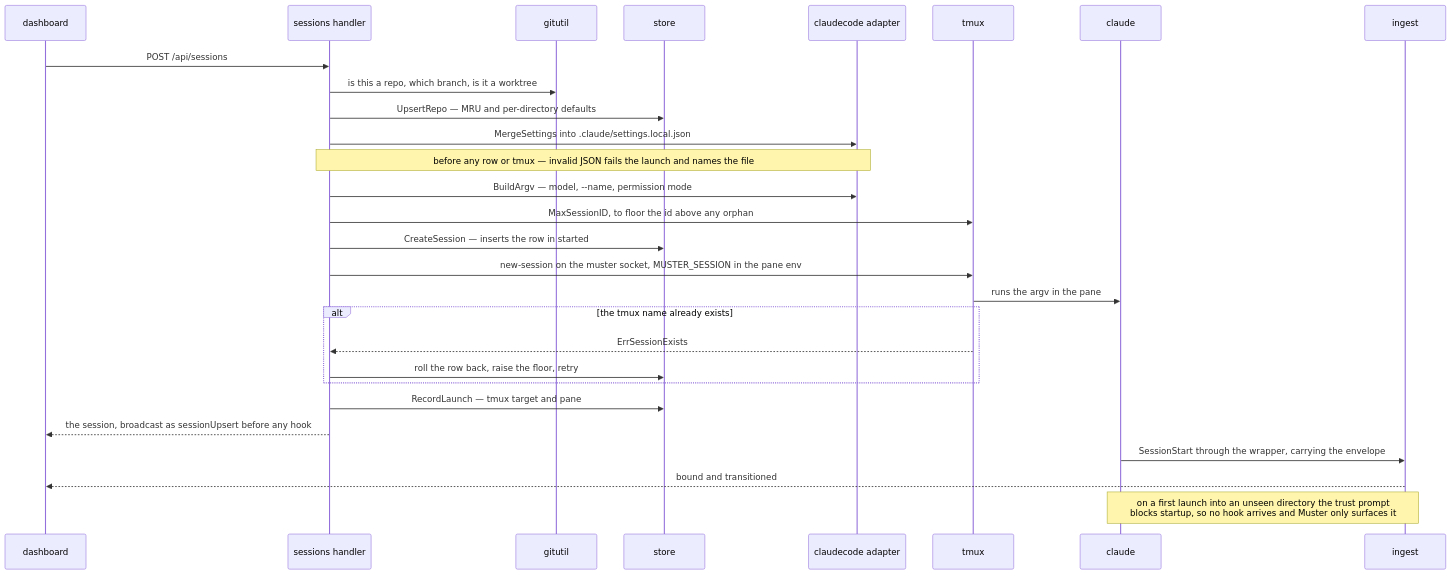
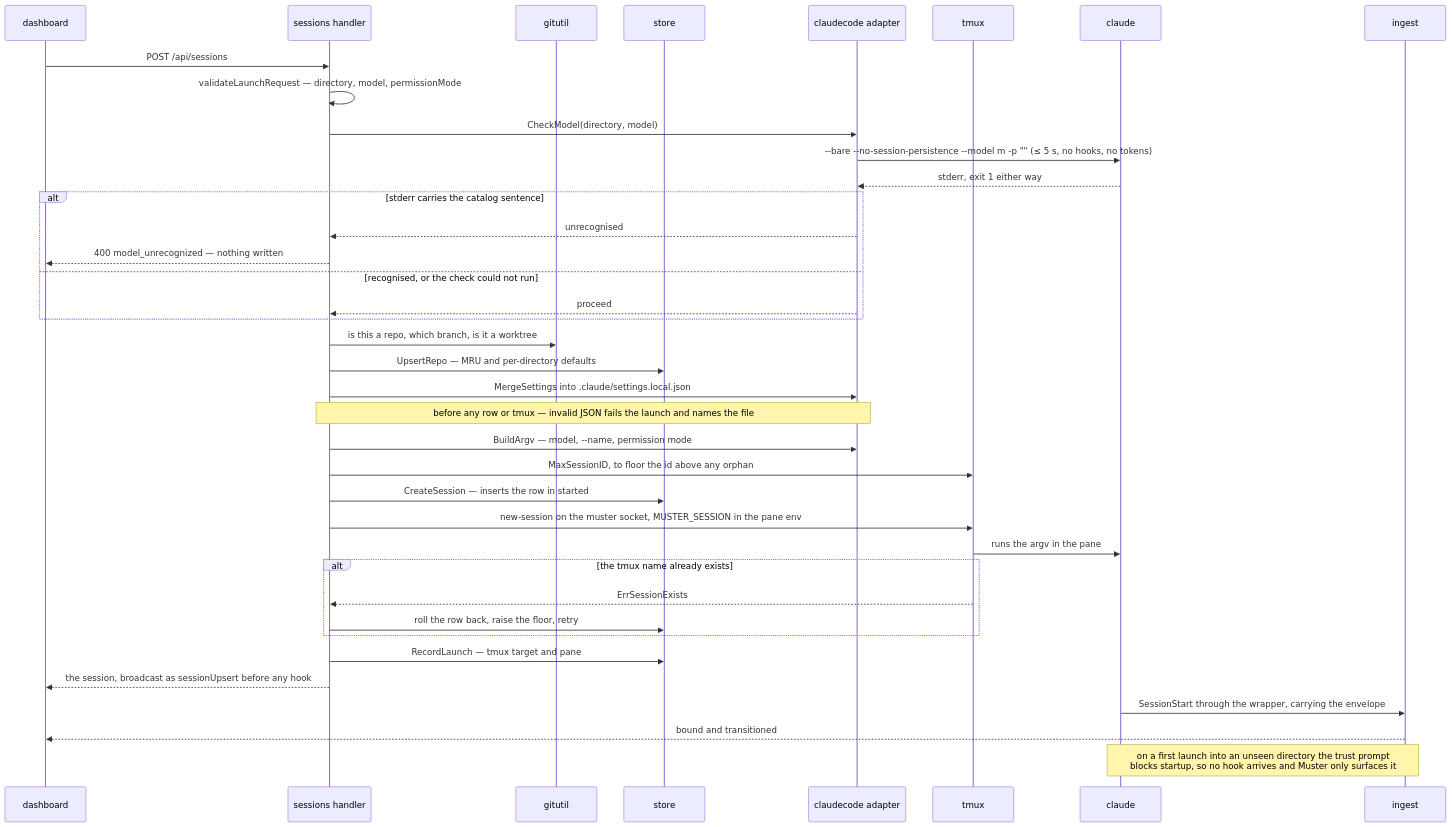
Before and after one commit to Zalaras/muster: the diagram in docs/features/launch/spec.md, drawn with Mermaid. The commit also changed other lines of this file and 95 other files, not shown here.

````diff
--- a/docs/features/launch/spec.md
+++ b/docs/features/launch/spec.md
@@ -69,33 +78,43 @@
 ```mermaid
 sequenceDiagram
     participant UI as dashboard
     participant S as sessions handler
     participant G as gitutil
     participant DB as store
     participant A as claudecode adapter
     participant T as tmux
     participant CC as claude
     participant I as ingest
 
     UI->>S: POST /api/sessions
+    S->>S: validateLaunchRequest — directory, model, permissionMode
+    S->>A: CheckModel(directory, model)
+    A->>CC: --bare --no-session-persistence --model m -p "" (≤ 5 s, no hooks, no tokens)
+    CC-->>A: stderr, exit 1 either way
+    alt stderr carries the catalog sentence
+        A-->>S: unrecognised
+        S-->>UI: 400 model_unrecognized — nothing written
+    else recognised, or the check could not run
+        A-->>S: proceed
+    end
     S->>G: is this a repo, which branch, is it a worktree
     S->>DB: UpsertRepo — MRU and per-directory defaults
     S->>A: MergeSettings into .claude/settings.local.json
     Note over S,A: before any row or tmux — invalid JSON fails the launch and names the file
     S->>A: BuildArgv — model, --name, permission mode
     S->>T: MaxSessionID, to floor the id above any orphan
     S->>DB: CreateSession — inserts the row in started
 
     S->>T: new-session on the muster socket, MUSTER_SESSION in the pane env
     T->>CC: runs the argv in the pane
     alt the tmux name already exists
         T-->>S: ErrSessionExists
         S->>DB: roll the row back, raise the floor, retry
     end
     S->>DB: RecordLaunch — tmux target and pane
     S-->>UI: the session, broadcast as sessionUpsert before any hook
 
     CC->>I: SessionStart through the wrapper, carrying the envelope
     I-->>UI: bound and transitioned
     Note over CC,I: on a first launch into an unseen directory the trust prompt<br/>blocks startup, so no hook arrives and Muster only surfaces it
 ```
````
